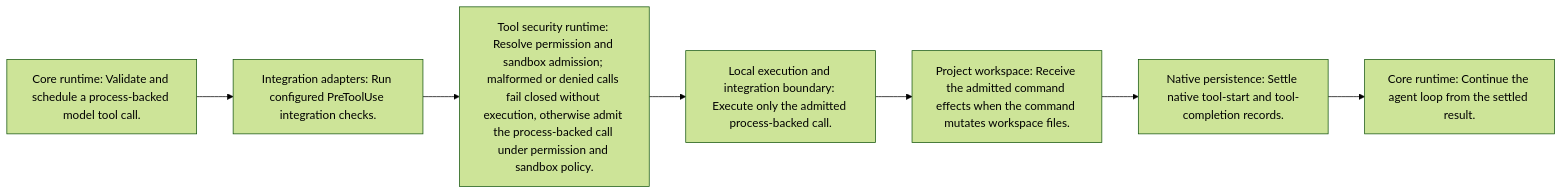
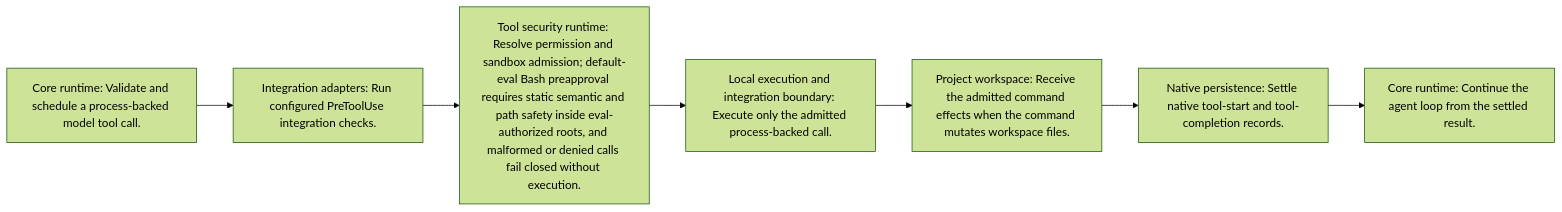
The diagram in docs/architecture/flows/tool-admission-and-settlement.md (Forest-Isle/Praxis), drawn with Mermaid (forest theme) before and after one commit. The commit also changed other lines of this file and 18 other files, not shown here.

First line of the commit message:
fix: bound eval Bash preapproval (#718)

````diff
--- a/docs/architecture/flows/tool-admission-and-settlement.md
+++ b/docs/architecture/flows/tool-admission-and-settlement.md
@@ -5,16 +5,16 @@
 ```mermaid
 flowchart LR
     n_746f6f6c2d61646d697373696f6e2d616e642d736574746c656d656e74_s0["Core runtime: Validate and schedule a process-backed model tool call."]
     n_746f6f6c2d61646d697373696f6e2d616e642d736574746c656d656e74_s1["Integration adapters: Run configured PreToolUse integration checks."]
     n_746f6f6c2d61646d697373696f6e2d616e642d736574746c656d656e74_s0 --> n_746f6f6c2d61646d697373696f6e2d616e642d736574746c656d656e74_s1
-    n_746f6f6c2d61646d697373696f6e2d616e642d736574746c656d656e74_s2["Tool security runtime: Resolve permission and sandbox admission; malformed or denied calls fail closed without execution, otherwise admit the process-backed call under permission and sandbox policy."]
+    n_746f6f6c2d61646d697373696f6e2d616e642d736574746c656d656e74_s2["Tool security runtime: Resolve permission and sandbox admission; default-eval Bash preapproval requires static semantic and path safety inside eval-authorized roots, and malformed or denied calls fail closed without execution."]
     n_746f6f6c2d61646d697373696f6e2d616e642d736574746c656d656e74_s1 --> n_746f6f6c2d61646d697373696f6e2d616e642d736574746c656d656e74_s2
     n_746f6f6c2d61646d697373696f6e2d616e642d736574746c656d656e74_s3["Local execution and integration boundary: Execute only the admitted process-backed call."]
     n_746f6f6c2d61646d697373696f6e2d616e642d736574746c656d656e74_s2 --> n_746f6f6c2d61646d697373696f6e2d616e642d736574746c656d656e74_s3
     n_746f6f6c2d61646d697373696f6e2d616e642d736574746c656d656e74_s4["Project workspace: Receive the admitted command effects when the command mutates workspace files."]
     n_746f6f6c2d61646d697373696f6e2d616e642d736574746c656d656e74_s3 --> n_746f6f6c2d61646d697373696f6e2d616e642d736574746c656d656e74_s4
     n_746f6f6c2d61646d697373696f6e2d616e642d736574746c656d656e74_s5["Native persistence: Settle native tool-start and tool-completion records."]
     n_746f6f6c2d61646d697373696f6e2d616e642d736574746c656d656e74_s4 --> n_746f6f6c2d61646d697373696f6e2d616e642d736574746c656d656e74_s5
     n_746f6f6c2d61646d697373696f6e2d616e642d736574746c656d656e74_s6["Core runtime: Continue the agent loop from the settled result."]
     n_746f6f6c2d61646d697373696f6e2d616e642d736574746c656d656e74_s5 --> n_746f6f6c2d61646d697373696f6e2d616e642d736574746c656d656e74_s6
 ```
````
